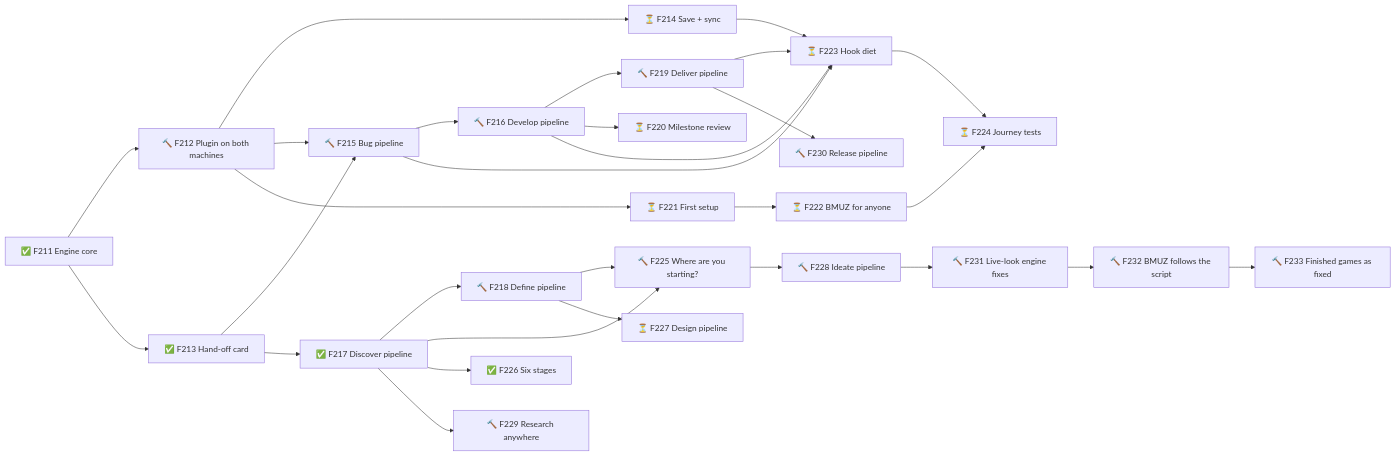
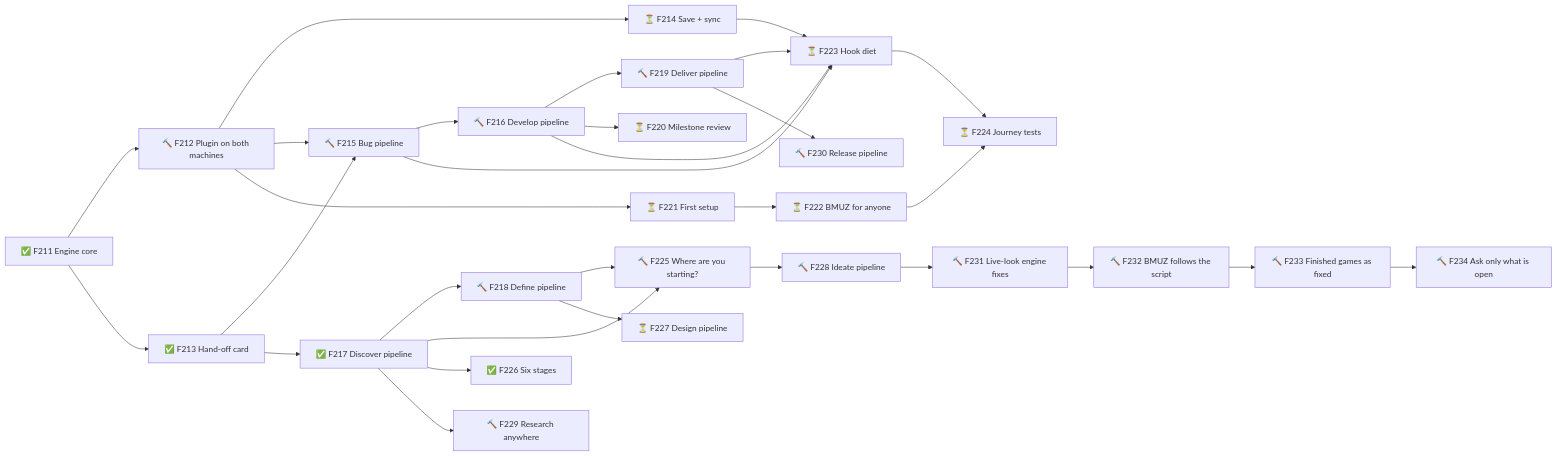
Diagram 41 of 41 in .planning/ROADMAP.md (TheBlueMuzzy/framework), drawn with Mermaid before and after one commit. The commit also changed other lines of this file and 2 other files, not shown here.

Commit message:
F234: planned — Steps ask only what's still open (Muzzy: ok)

````diff
--- a/.planning/ROADMAP.md
+++ b/.planning/ROADMAP.md
@@ -669,31 +670,32 @@
 ```mermaid
 flowchart LR
   F211[✅ F211 Engine core] --> F212[🔨 F212 Plugin on both machines]
   F211 --> F213[✅ F213 Hand-off card]
   F212 --> F214[⏳ F214 Save + sync]
   F212 --> F215[🔨 F215 Bug pipeline]
   F213 --> F215
   F215 --> F216[🔨 F216 Develop pipeline]
   F213 --> F217[✅ F217 Discover pipeline]
   F217 --> F218[🔨 F218 Define pipeline]
   F216 --> F219[🔨 F219 Deliver pipeline]
   F216 --> F220[⏳ F220 Milestone review]
   F212 --> F221[⏳ F221 First setup]
   F221 --> F222[⏳ F222 BMUZ for anyone]
   F214 --> F223[⏳ F223 Hook diet]
   F215 --> F223
   F216 --> F223
   F219 --> F223
   F223 --> F224[⏳ F224 Journey tests]
   F222 --> F224
   F217 --> F225[🔨 F225 Where are you starting?]
   F218 --> F225
   F217 --> F226[✅ F226 Six stages]
   F225 --> F228[🔨 F228 Ideate pipeline]
   F217 --> F229[🔨 F229 Research anywhere]
   F219 --> F230[🔨 F230 Release pipeline]
   F228 --> F231[🔨 F231 Live-look engine fixes]
   F231 --> F232[🔨 F232 BMUZ follows the script]
   F232 --> F233[🔨 F233 Finished games as fixed]
+  F233 --> F234[🔨 F234 Ask only what is open]
   F218 --> F227[⏳ F227 Design pipeline]
 ```
````
